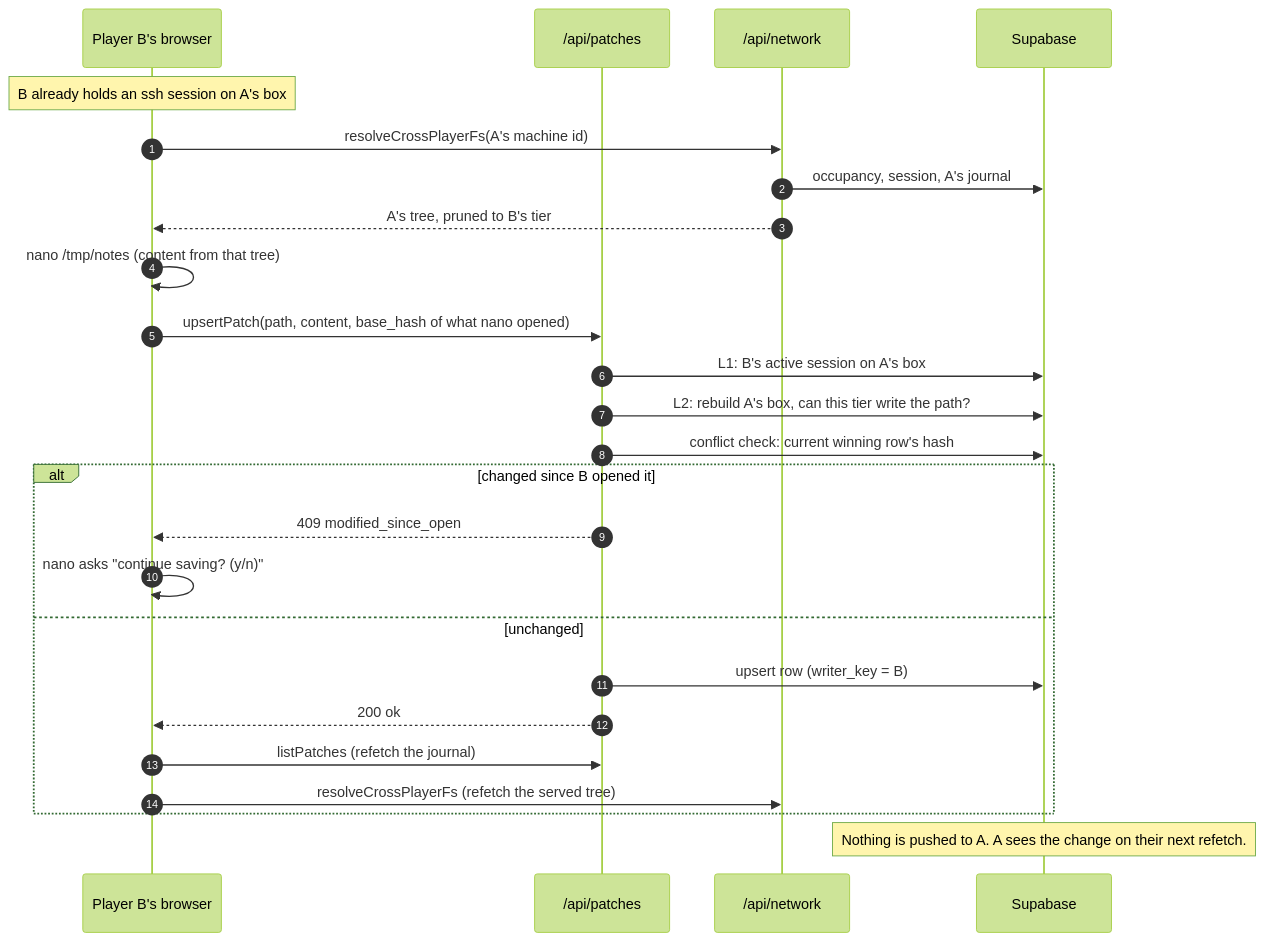
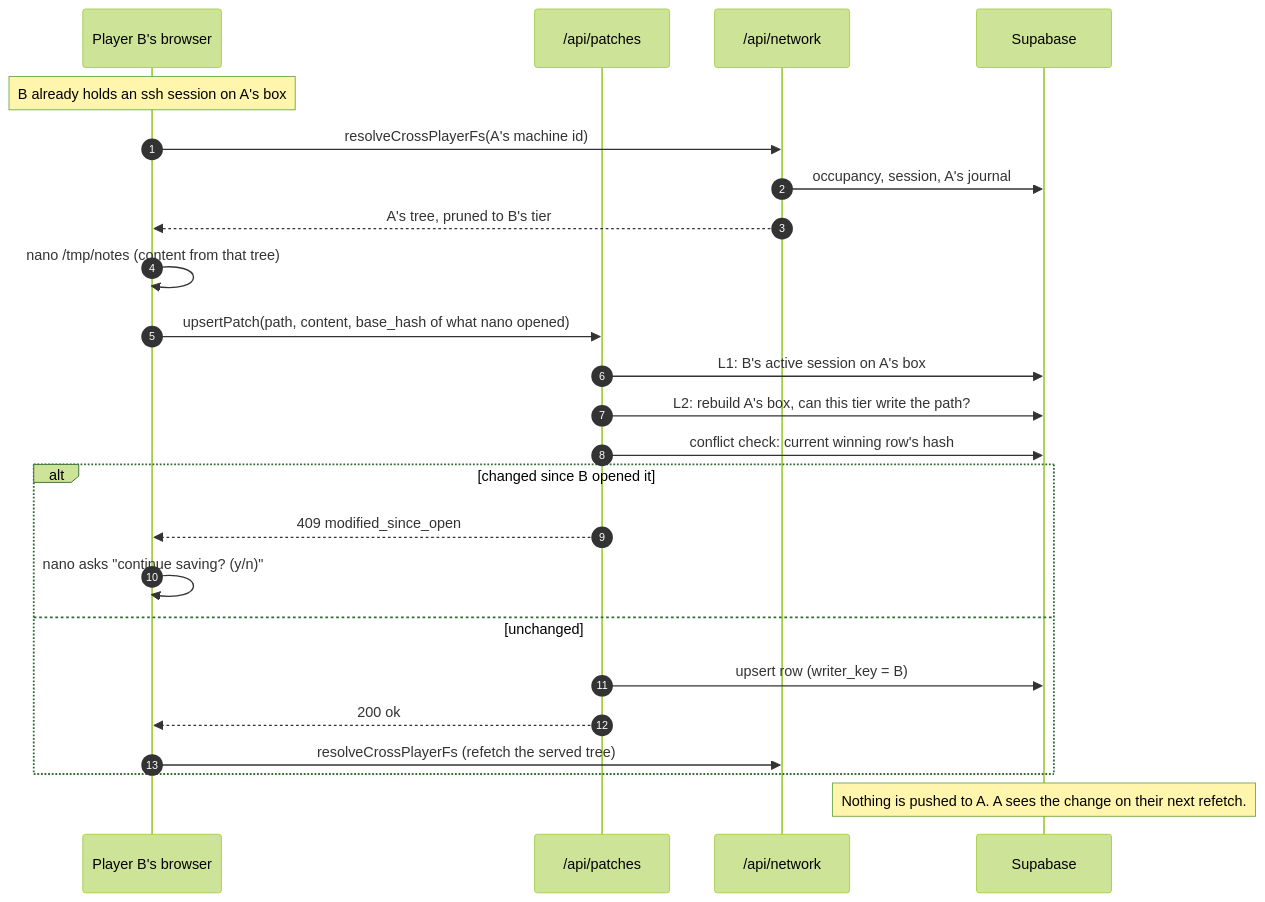
Before and after one commit to jscriptcoder/jshack.me: the diagram in docs/handbook/09-persistence-and-multiplayer.md, drawn with Mermaid (forest theme). The commit also changed 17 other files, not shown here.

````diff
--- a/docs/handbook/09-persistence-and-multiplayer.md
+++ b/docs/handbook/09-persistence-and-multiplayer.md
@@ -137,27 +137,26 @@
 ```mermaid
 sequenceDiagram
     autonumber
     participant B as Player B's browser
     participant P as /api/patches
     participant N as /api/network
     participant DB as Supabase
     Note over B: B already holds an ssh session on A's box
     B->>N: resolveCrossPlayerFs(A's machine id)
     N->>DB: occupancy, session, A's journal
     N-->>B: A's tree, pruned to B's tier
     B->>B: nano /tmp/notes (content from that tree)
     B->>P: upsertPatch(path, content, base_hash of what nano opened)
     P->>DB: L1: B's active session on A's box
     P->>DB: L2: rebuild A's box, can this tier write the path?
     P->>DB: conflict check: current winning row's hash
     alt changed since B opened it
         P-->>B: 409 modified_since_open
         B->>B: nano asks "continue saving? (y/n)"
     else unchanged
         P->>DB: upsert row (writer_key = B)
         P-->>B: 200 ok
-        B->>P: listPatches (refetch the journal)
         B->>N: resolveCrossPlayerFs (refetch the served tree)
     end
     Note over DB: Nothing is pushed to A. A sees the change on their next refetch.
 ```
````
